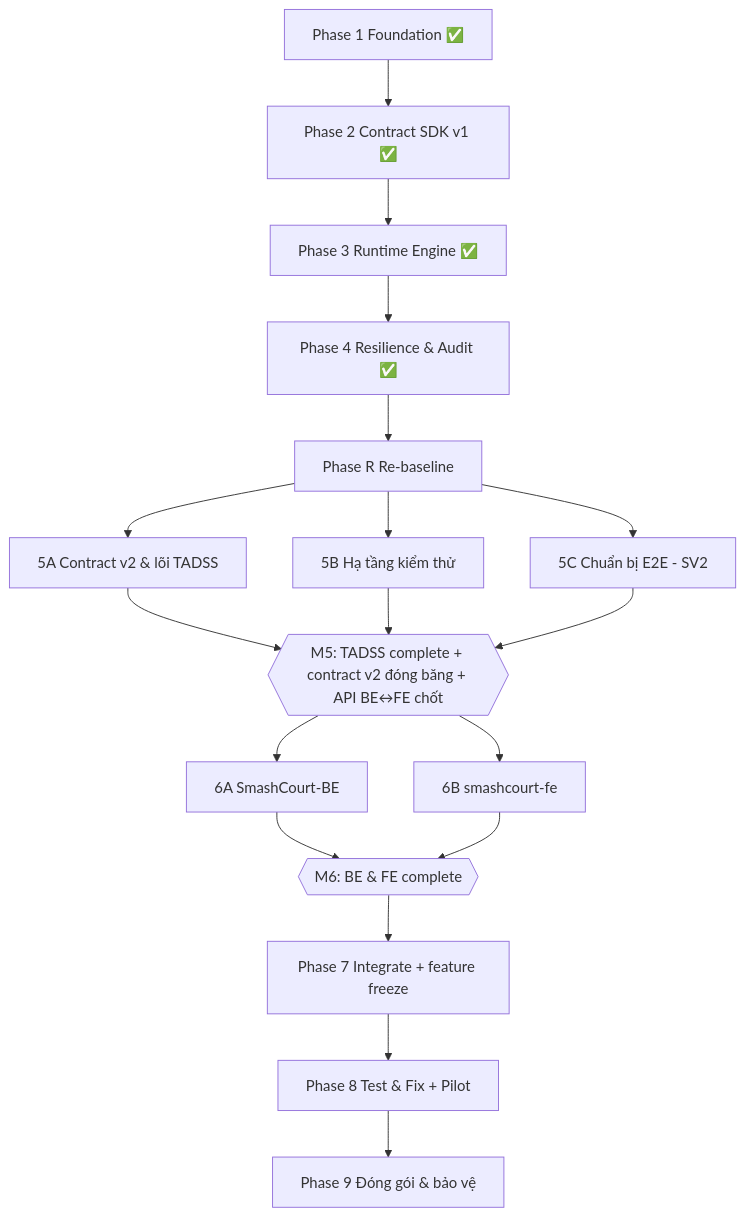
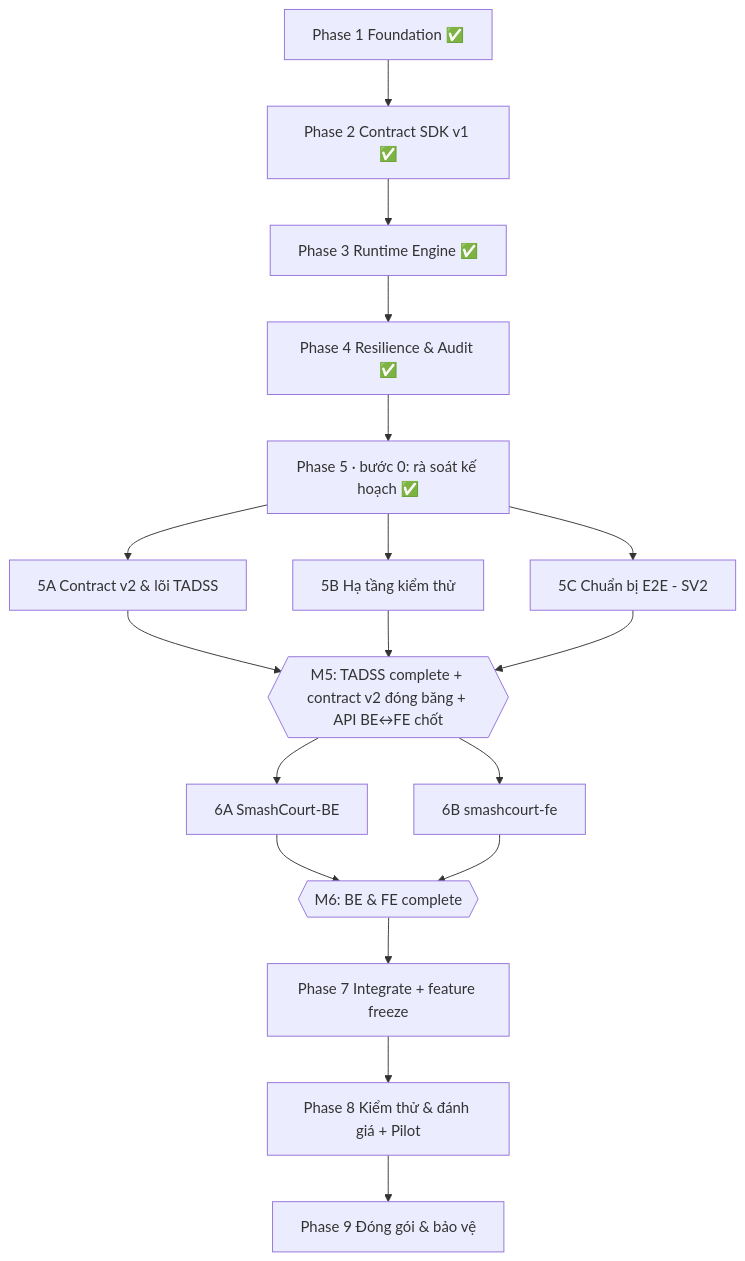
The diagram in docs/planning/PROJECT_WBS_MAPPING.md (NguyenThanhTrung-N2T/TrustworthyAdaptiveDecisionSupportSystem-TADSS), drawn with Mermaid before and after one commit. The commit also changed other lines of this file and 30 other files, not shown here.

````diff
--- a/docs/planning/PROJECT_WBS_MAPPING.md
+++ b/docs/planning/PROJECT_WBS_MAPPING.md
@@ -58,20 +59,20 @@
 ```mermaid
 flowchart TD
     P1[Phase 1 Foundation ✅] --> P2[Phase 2 Contract SDK v1 ✅]
     P2 --> P3[Phase 3 Runtime Engine ✅]
     P3 --> P4[Phase 4 Resilience & Audit ✅]
-    P4 --> PR[Phase R Re-baseline]
+    P4 --> PR[Phase 5 · bước 0: rà soát kế hoạch ✅]
     PR --> P5A[5A Contract v2 & lõi TADSS]
     PR --> P5B[5B Hạ tầng kiểm thử]
     PR --> P5C[5C Chuẩn bị E2E - SV2]
     P5A --> M5{{M5: TADSS complete + contract v2 đóng băng + API BE↔FE chốt}}
     P5B --> M5
     P5C --> M5
     M5 --> P6A[6A SmashCourt-BE]
     M5 --> P6B[6B smashcourt-fe]
     P6A --> M6{{M6: BE & FE complete}}
     P6B --> M6
     M6 --> P7[Phase 7 Integrate + feature freeze]
-    P7 --> P8[Phase 8 Test & Fix + Pilot]
+    P7 --> P8[Phase 8 Kiểm thử & đánh giá + Pilot]
     P8 --> P9[Phase 9 Đóng gói & bảo vệ]
 ```
````
